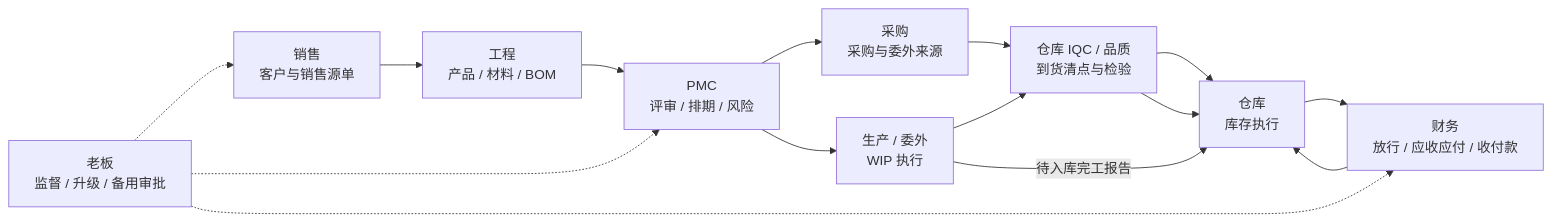
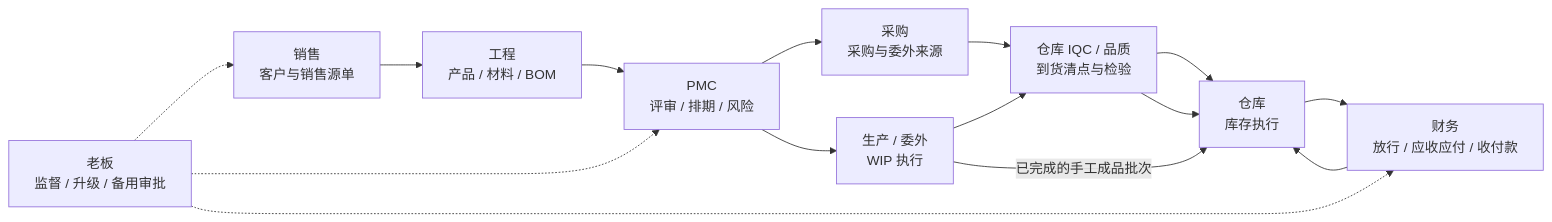
The diagram in docs/customers/yoyoosun/角色能力与流程矩阵.md (saurick/plush-toy-erp), drawn with Mermaid before and after one commit. The commit also changed other lines of this file and 408 other files, not shown here.

````diff
--- a/docs/customers/yoyoosun/角色能力与流程矩阵.md
+++ b/docs/customers/yoyoosun/角色能力与流程矩阵.md
@@ -76,17 +76,17 @@
 ```mermaid
 flowchart LR
   sales["销售\n客户与销售源单"] --> engineering["工程\n产品 / 材料 / BOM"]
   engineering --> pmc["PMC\n评审 / 排期 / 风险"]
   pmc --> purchase["采购\n采购与委外来源"]
   pmc --> production["生产 / 委外\nWIP 执行"]
   purchase --> quality["仓库 IQC / 品质\n到货清点与检验"]
   quality --> warehouse["仓库\n库存执行"]
   production --> quality
-  production -->|"待入库完工报告"| warehouse
+  production -->|"已完成的手工成品批次"| warehouse
   quality --> warehouse
   warehouse --> finance["财务\n放行 / 应收应付 / 收付款"]
   finance --> warehouse
   boss["老板\n监督 / 升级 / 备用审批"] -.-> sales
   boss -.-> pmc
   boss -.-> finance
 ```
````
